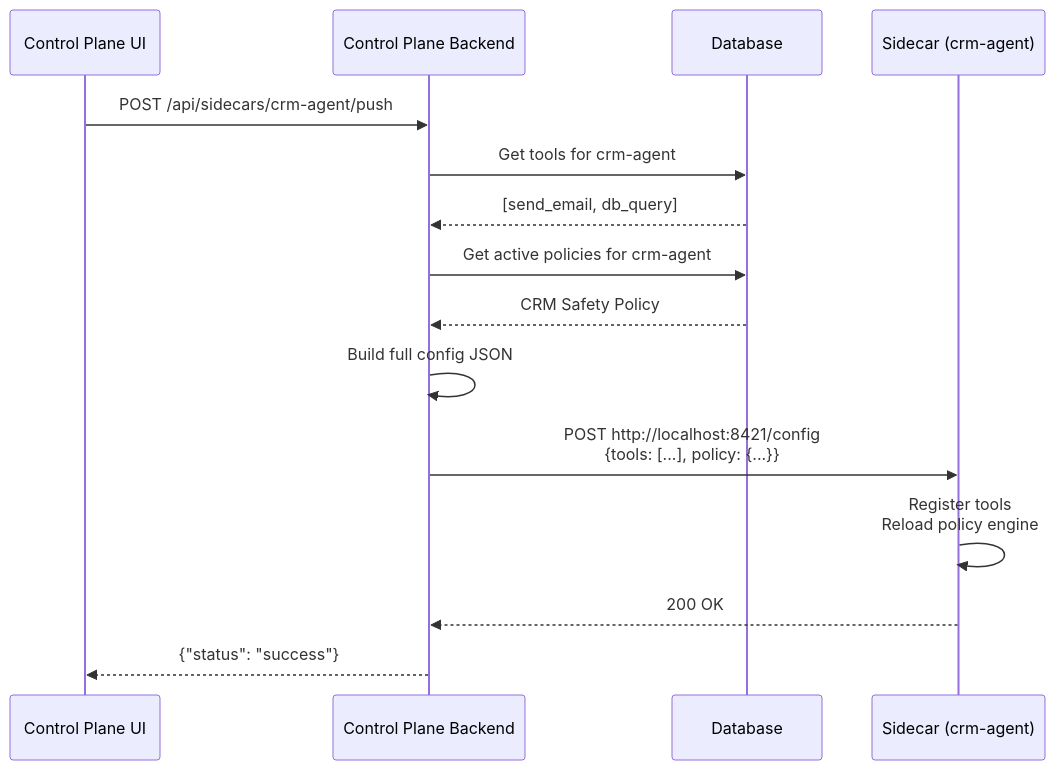
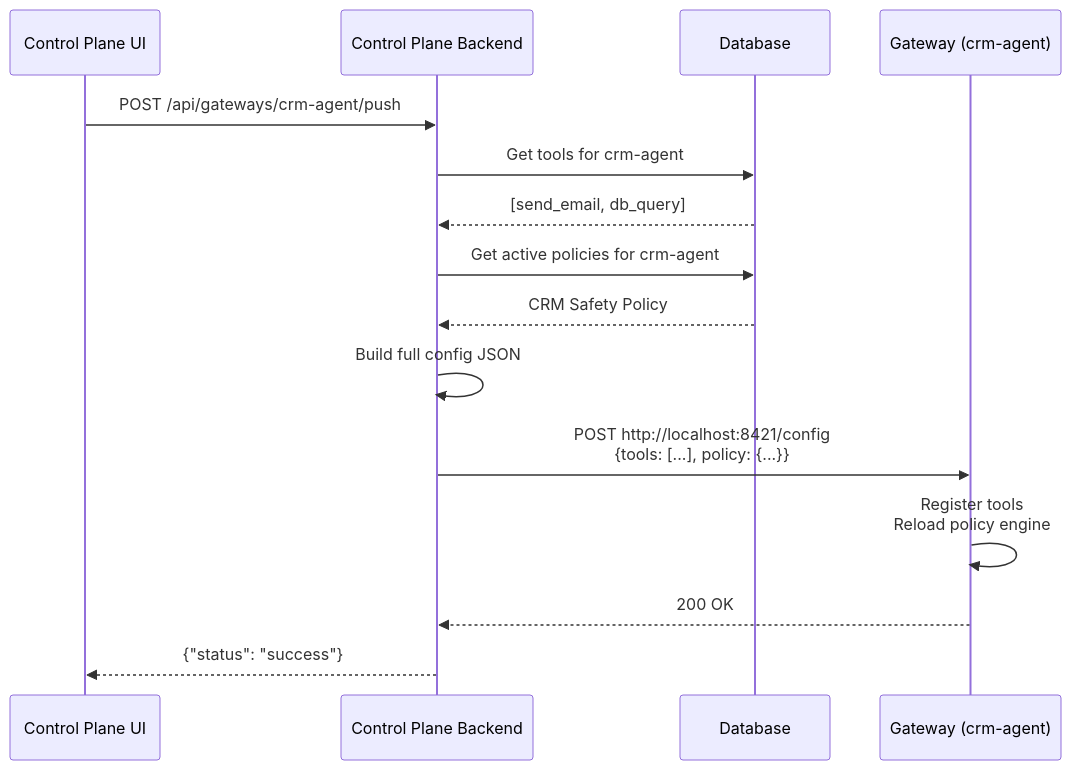
The third of 13 diagrams in control-plane/docs/getting-started.md (hk-775/ostiari), drawn with Mermaid before and after one commit. The commit also changed other lines of this file and 21 other files, not shown here.

````diff
--- a/control-plane/docs/getting-started.md
+++ b/control-plane/docs/getting-started.md
@@ -502,18 +604,18 @@
 ```mermaid
 sequenceDiagram
     participant UI as Control Plane UI
     participant API as Control Plane Backend
     participant DB as Database
-    participant SC as Sidecar (crm-agent)
+    participant SC as Gateway (crm-agent)
 
-    UI->>API: POST /api/sidecars/crm-agent/push
+    UI->>API: POST /api/gateways/crm-agent/push
     API->>DB: Get tools for crm-agent
     DB-->>API: [send_email, db_query]
     API->>DB: Get active policies for crm-agent
     DB-->>API: CRM Safety Policy
     API->>API: Build full config JSON
     API->>SC: POST http://localhost:8421/config<br/>{tools: [...], policy: {...}}
     SC->>SC: Register tools<br/>Reload policy engine
     SC-->>API: 200 OK
     API-->>UI: {"status": "success"}
 ```
````
